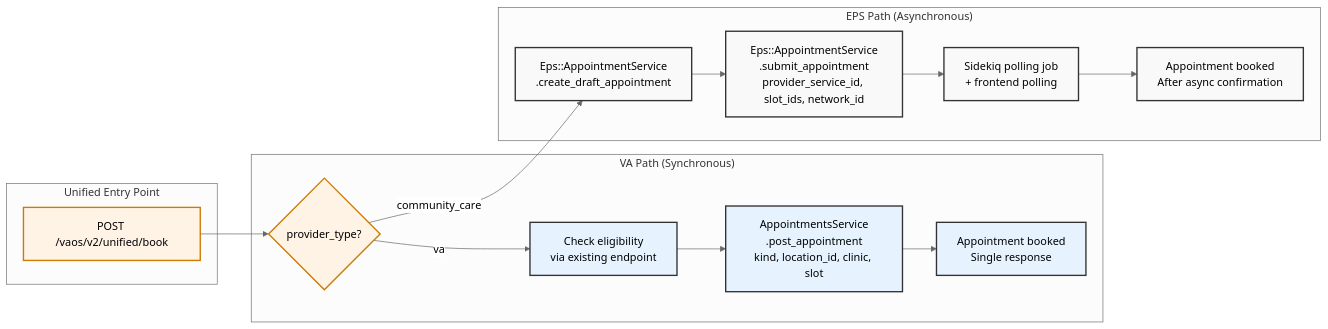
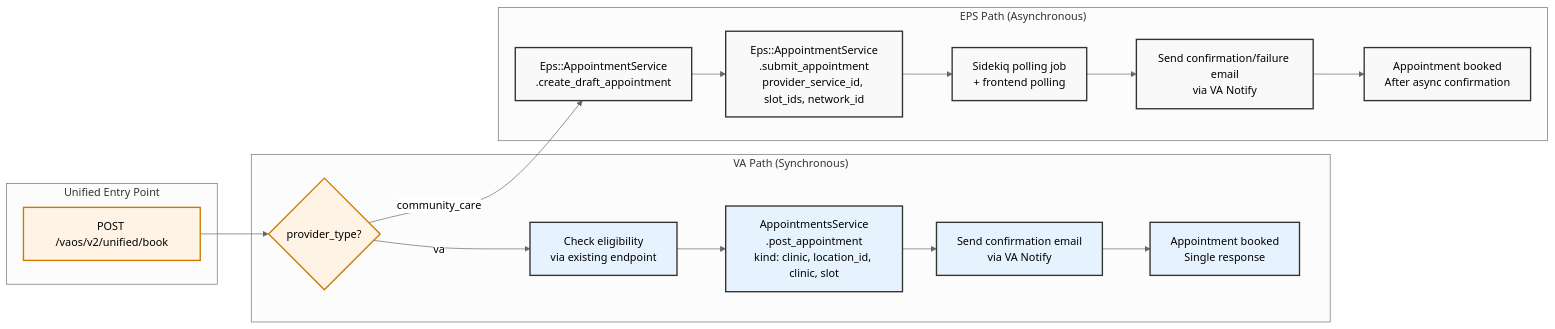
Before and after one commit to Ninjaneer321/va.gov-team: the tenth of 11 diagrams in products/health-care/appointments/va-online-scheduling/engineering/architecture/cc-direct-scheduling/community-care-technical-documentation.md, drawn with Mermaid (neutral theme). The commit also changed other lines of this file, not shown here.

````diff
--- a/products/health-care/appointments/va-online-scheduling/engineering/architecture/cc-direct-scheduling/community-care-technical-documentation.md
+++ b/products/health-care/appointments/va-online-scheduling/engineering/architecture/cc-direct-scheduling/community-care-technical-documentation.md
@@ -430,28 +455,30 @@
 ```mermaid
 graph LR
     subgraph "Unified Entry Point"
         UNIFIED_BOOK[POST /vaos/v2/unified/book]
     end
 
     UNIFIED_BOOK --> ROUTE{provider_type?}
 
     subgraph "VA Path (Synchronous)"
         ROUTE -->|va| VA_CHECK[Check eligibility<br/>via existing endpoint]
-        VA_CHECK --> VA_BOOK[AppointmentsService<br/>.post_appointment<br/>kind, location_id, clinic, slot]
-        VA_BOOK --> VA_DONE[Appointment booked<br/>Single response]
+        VA_CHECK --> VA_BOOK[AppointmentsService<br/>.post_appointment<br/>kind: clinic, location_id, clinic, slot]
+        VA_BOOK --> VA_NOTIFY_VA[Send confirmation email<br/>via VA Notify]
+        VA_NOTIFY_VA --> VA_DONE[Appointment booked<br/>Single response]
     end
 
     subgraph "EPS Path (Asynchronous)"
         ROUTE -->|community_care| EPS_DRAFT[Eps::AppointmentService<br/>.create_draft_appointment]
         EPS_DRAFT --> EPS_SUBMIT[Eps::AppointmentService<br/>.submit_appointment<br/>provider_service_id, slot_ids, network_id]
         EPS_SUBMIT --> EPS_POLL[Sidekiq polling job<br/>+ frontend polling]
-        EPS_POLL --> EPS_DONE[Appointment booked<br/>After async confirmation]
+        EPS_POLL --> EPS_NOTIFY[Send confirmation/failure email<br/>via VA Notify]
+        EPS_NOTIFY --> EPS_DONE[Appointment booked<br/>After async confirmation]
     end
 
     classDef unified fill:#fff3e6,stroke:#cc7a00,stroke-width:2px;
     classDef va fill:#e6f3ff,stroke:#333,stroke-width:2px;
     classDef eps fill:#f9f9f9,stroke:#333,stroke-width:2px;
     class UNIFIED_BOOK,ROUTE unified;
-    class VA_CHECK,VA_BOOK,VA_DONE va;
-    class EPS_DRAFT,EPS_SUBMIT,EPS_POLL,EPS_DONE eps;
+    class VA_CHECK,VA_BOOK,VA_NOTIFY_VA,VA_DONE va;
+    class EPS_DRAFT,EPS_SUBMIT,EPS_POLL,EPS_NOTIFY,EPS_DONE eps;
 ```
````
